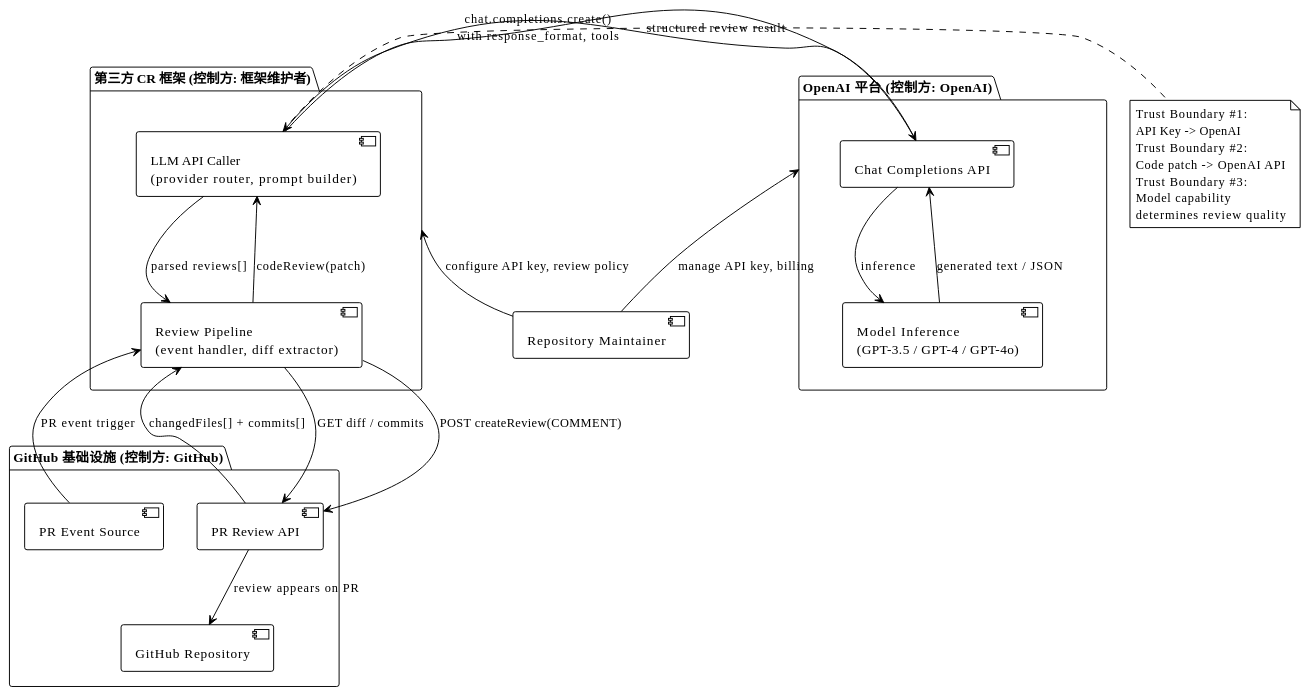
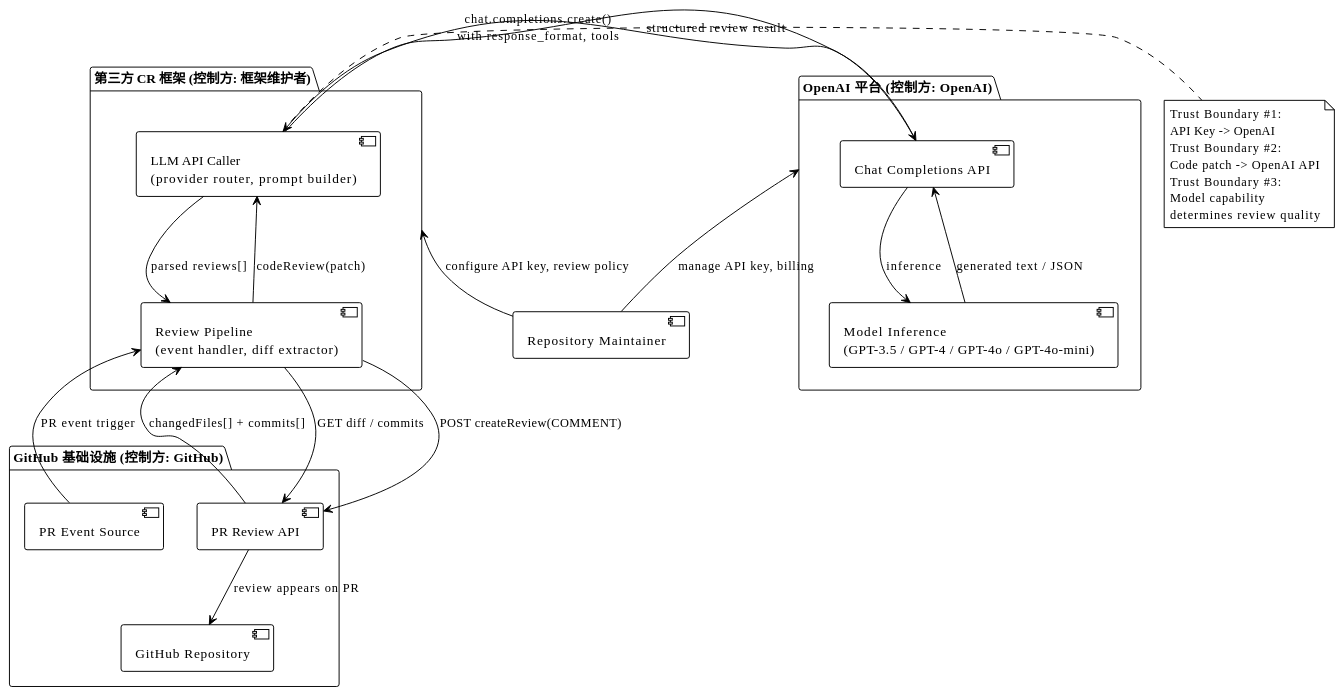
Before and after one commit to iampkuhz/openspec-research-blockchain: the first of 4 diagrams in knowledge/analysis/primitives/ai-code-review/chatgpt-codereview-framework/artifact.md, drawn with PlantUML. The commit also changed other lines of this file and 8 other files, not shown here.

````diff
--- a/knowledge/analysis/primitives/ai-code-review/chatgpt-codereview-framework/artifact.md
+++ b/knowledge/analysis/primitives/ai-code-review/chatgpt-codereview-framework/artifact.md
@@ -96,52 +99,52 @@
 ```plantuml
 @startuml
 !theme plain
 skinparam backgroundColor #FFFFFF
 skinparam rectangle {
     BorderColor #333333
     BackgroundColor #F5F5F5
 }
 
 package "GitHub 基础设施 (控制方: GitHub)" as GH {
     [GitHub Repository] as REPO
     [PR Event Source] as EVENT
     [PR Review API] as GHAPI
 }
 
 package "第三方 CR 框架 (控制方: 框架维护者)" as FRAMEWORK {
     [Review Pipeline\n(event handler, diff extractor)] as PIPELINE
     [LLM API Caller\n(provider router, prompt builder)] as CALLER
 }
 
 package "OpenAI 平台 (控制方: OpenAI)" as OA {
     [Chat Completions API] as CHATAPI
-    [Model Inference\n(GPT-3.5 / GPT-4 / GPT-4o)] as MODEL
+    [Model Inference\n(GPT-3.5 / GPT-4 / GPT-4o / GPT-4o-mini)] as MODEL
 }
 
 [Repository Maintainer] as MAINT
 
 EVENT -down-> PIPELINE : "PR event trigger"
 PIPELINE --> GHAPI : "GET diff / commits"
 GHAPI --> PIPELINE : "changedFiles[] + commits[]"
 PIPELINE --> CALLER : "codeReview(patch)"
 CALLER --> CHATAPI : "chat.completions.create()\nwith response_format, tools"
 CHATAPI --> MODEL : "inference"
 MODEL --> CHATAPI : "generated text / JSON"
 CHATAPI --> CALLER : "structured review result"
 CALLER --> PIPELINE : "parsed reviews[]"
 PIPELINE --> GHAPI : "POST createReview(COMMENT)"
 GHAPI --> REPO : "review appears on PR"
 MAINT -up-> FRAMEWORK : "configure API key, review policy"
 MAINT -up-> OA : "manage API key, billing"
 
 note right of CALLER
   Trust Boundary #1:
   API Key -> OpenAI
   Trust Boundary #2:
   Code patch -> OpenAI API
   Trust Boundary #3:
   Model capability
   determines review quality
 end note
 @enduml
 ```
````
